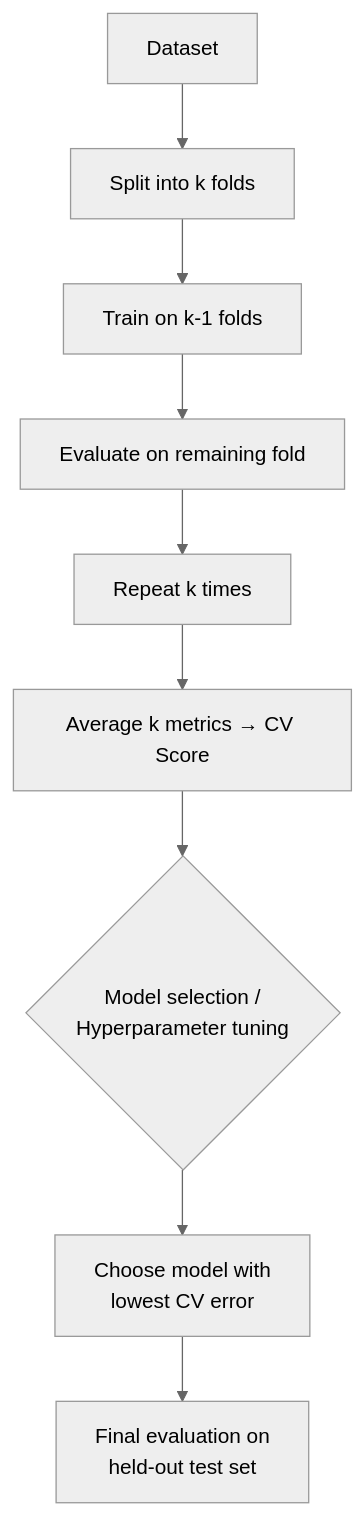
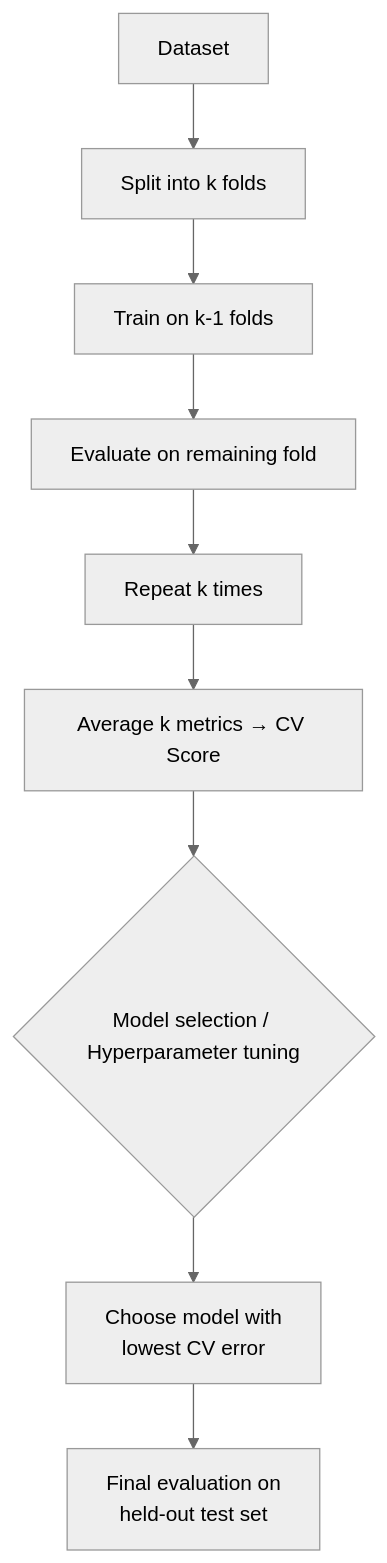
One commit to lazgaming70/MLT-CIA-1 changed the eighth of 8 diagrams in official-QB/Official-QB-ML-Claude-Ans.md. Above: the diagram before and after it, drawn with Mermaid (neutral theme).

Commit message:
Mermaidjs newline formatting

````diff
--- a/official-QB/Official-QB-ML-Claude-Ans.md
+++ b/official-QB/Official-QB-ML-Claude-Ans.md
@@ -1204,11 +1204,13 @@
 ```mermaid
 flowchart TD
     A[Dataset] --> B[Split into k folds]
     B --> C[Train on k-1 folds]
     C --> D[Evaluate on remaining fold]
     D --> E[Repeat k times]
     E --> F[Average k metrics → CV Score]
-    F --> G{Model selection /\nHyperparameter tuning}
-    G --> H[Choose model with\nlowest CV error]
-    H --> I[Final evaluation on\nheld-out test set]
+    F --> G{Model selection / Hyperparameter tuning}
+    G --> H[Choose model with
+    lowest CV error]
+    H --> I[Final evaluation on
+    held-out test set]
 ```
````
